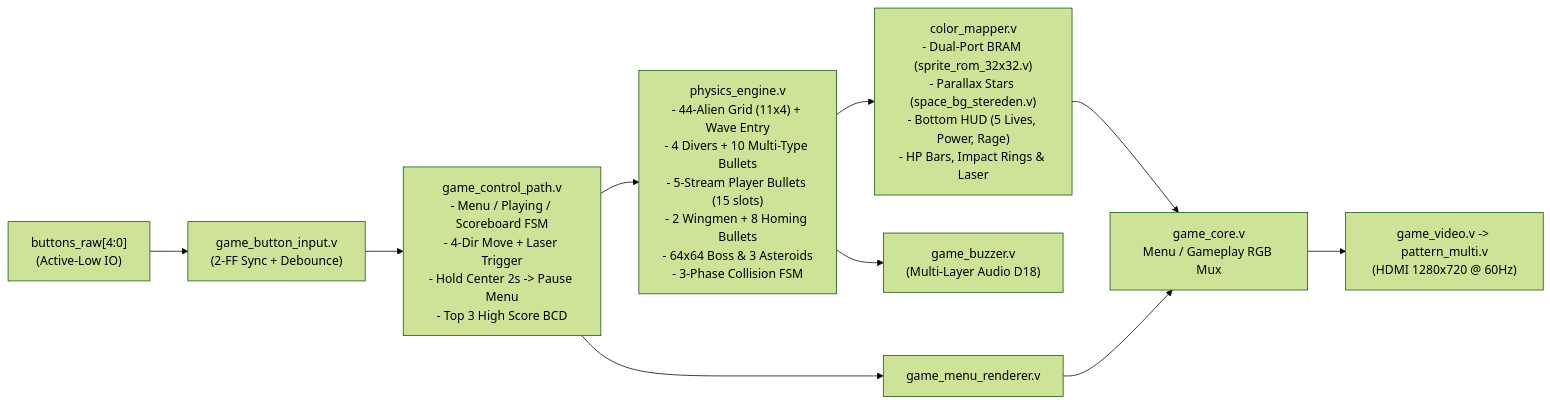
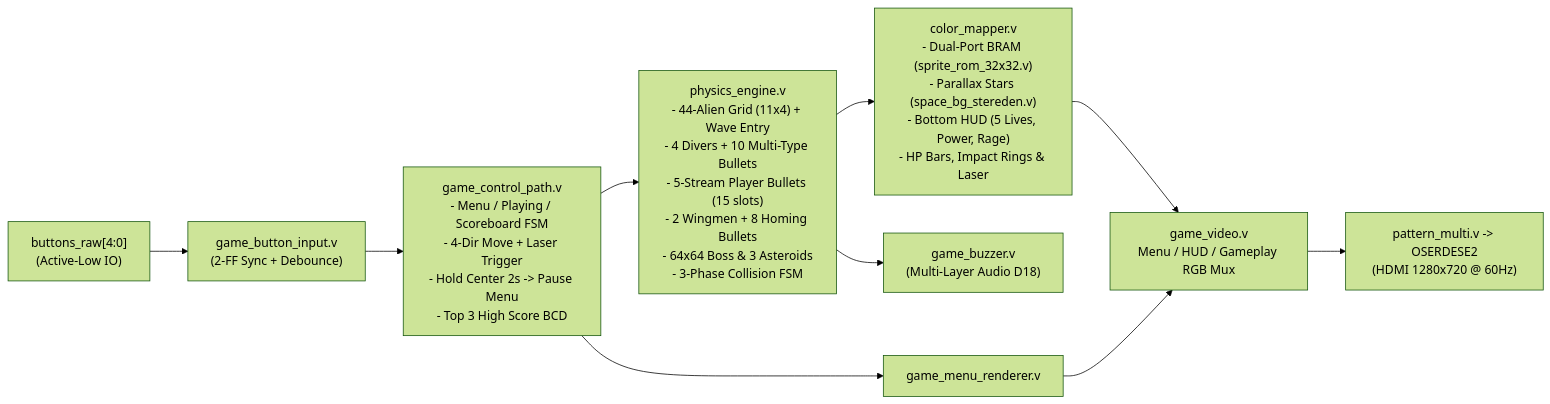
The diagram in README.md (tthanh305/Game_Datapath_V2), drawn with Mermaid (forest theme) before and after one commit. The commit also changed other lines of this file and 3 other files, not shown here.

Commit message:
Docs: Add professional README with RTL 1280x720 gameplay renders and hardware schematics

````diff
--- a/README.md
+++ b/README.md
@@ -55,12 +116,12 @@
 ```mermaid
 flowchart LR
     BTN["buttons_raw[4:0]\n(Active-Low IO)"] --> GBI["game_button_input.v\n(2-FF Sync + Debounce)"]
     GBI --> GCP["game_control_path.v\n- Menu / Playing / Scoreboard FSM\n- 4-Dir Move + Laser Trigger\n- Hold Center 2s -> Pause Menu\n- Top 3 High Score BCD"]
     GCP --> PE["physics_engine.v\n- 44-Alien Grid (11x4) + Wave Entry\n- 4 Divers + 10 Multi-Type Bullets\n- 5-Stream Player Bullets (15 slots)\n- 2 Wingmen + 8 Homing Bullets\n- 64x64 Boss & 3 Asteroids\n- 3-Phase Collision FSM"]
     PE --> CM["color_mapper.v\n- Dual-Port BRAM (sprite_rom_32x32.v)\n- Parallax Stars (space_bg_stereden.v)\n- Bottom HUD (5 Lives, Power, Rage)\n- HP Bars, Impact Rings & Laser"]
     GCP --> GMR["game_menu_renderer.v"]
-    CM --> MUX["game_core.v\nMenu / Gameplay RGB Mux"]
+    CM --> MUX["game_video.v\nMenu / HUD / Gameplay RGB Mux"]
     GMR --> MUX
     PE --> BUZ["game_buzzer.v\n(Multi-Layer Audio D18)"]
-    MUX --> VID["game_video.v -> pattern_multi.v\n(HDMI 1280x720 @ 60Hz)"]
+    MUX --> VID["pattern_multi.v -> OSERDESE2\n(HDMI 1280x720 @ 60Hz)"]
 ```
````
